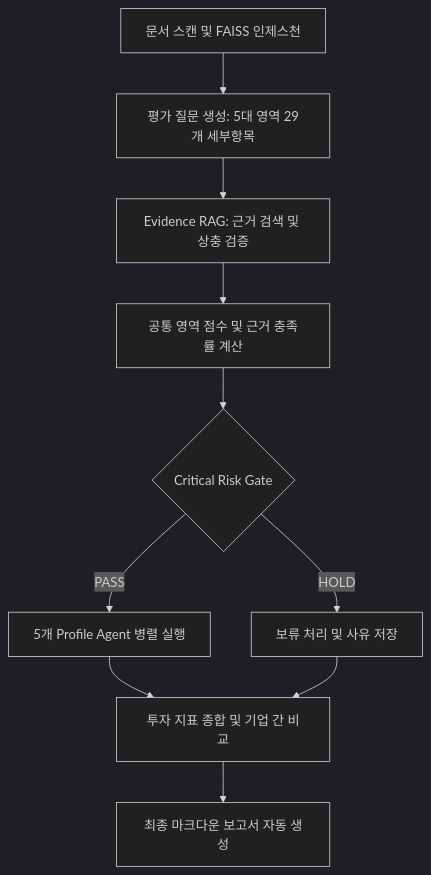
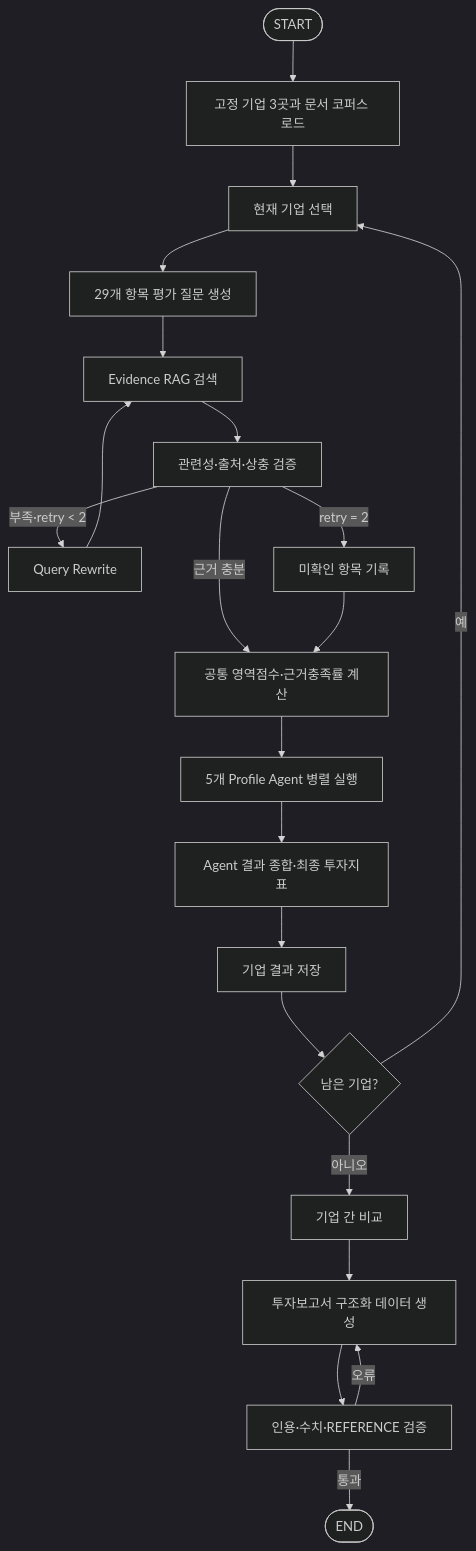
The diagram in README.md (sumin-990416/Langchain_Skala_U3), drawn with Mermaid (dark theme) before and after one commit. The commit also changed other lines of this file, not shown here.

````diff
--- a/README.md
+++ b/README.md
@@ -25,12 +21,23 @@
 ```mermaid
 flowchart TD
-    A[문서 스캔 및 FAISS 인제스천] --> B[평가 질문 생성: 5대 영역 29개 세부항목]
-    B --> C[Evidence RAG: 근거 검색 및 상충 검증]
-    C --> D[공통 영역 점수 및 근거 충족률 계산]
-    D --> E{Critical Risk Gate}
-    E -->|PASS| F[5개 Profile Agent 병렬 실행]
-    E -->|HOLD| H[보류 처리 및 사유 저장]
-    F --> G[투자 지표 종합 및 기업 간 비교]
-    H --> G
-    G --> I[최종 마크다운 보고서 자동 생성]
+    A([START]) --> B[고정 기업 3곳과 문서 코퍼스 로드]
+    B --> C[현재 기업 선택]
+    C --> D[29개 항목 평가 질문 생성]
+    D --> E[Evidence RAG 검색]
+    E --> F[관련성·출처·상충 검증]
+    F -->|근거 충분| G[공통 영역점수·근거충족률 계산]
+    F -->|부족·retry < 2| H[Query Rewrite]
+    H --> E
+    F -->|retry = 2| I[미확인 항목 기록]
+    I --> G
+    G --> J[5개 Profile Agent 병렬 실행]
+    J --> K[Agent 결과 종합·최종 투자지표]
+    K --> L[기업 결과 저장]
+    L --> M{남은 기업?}
+    M -->|예| C
+    M -->|아니오| N[기업 간 비교]
+    N --> O[투자보고서 구조화 데이터 생성]
+    O --> P[인용·수치·REFERENCE 검증]
+    P -->|오류| O
+    P -->|통과| Q([END])
 ```
````
